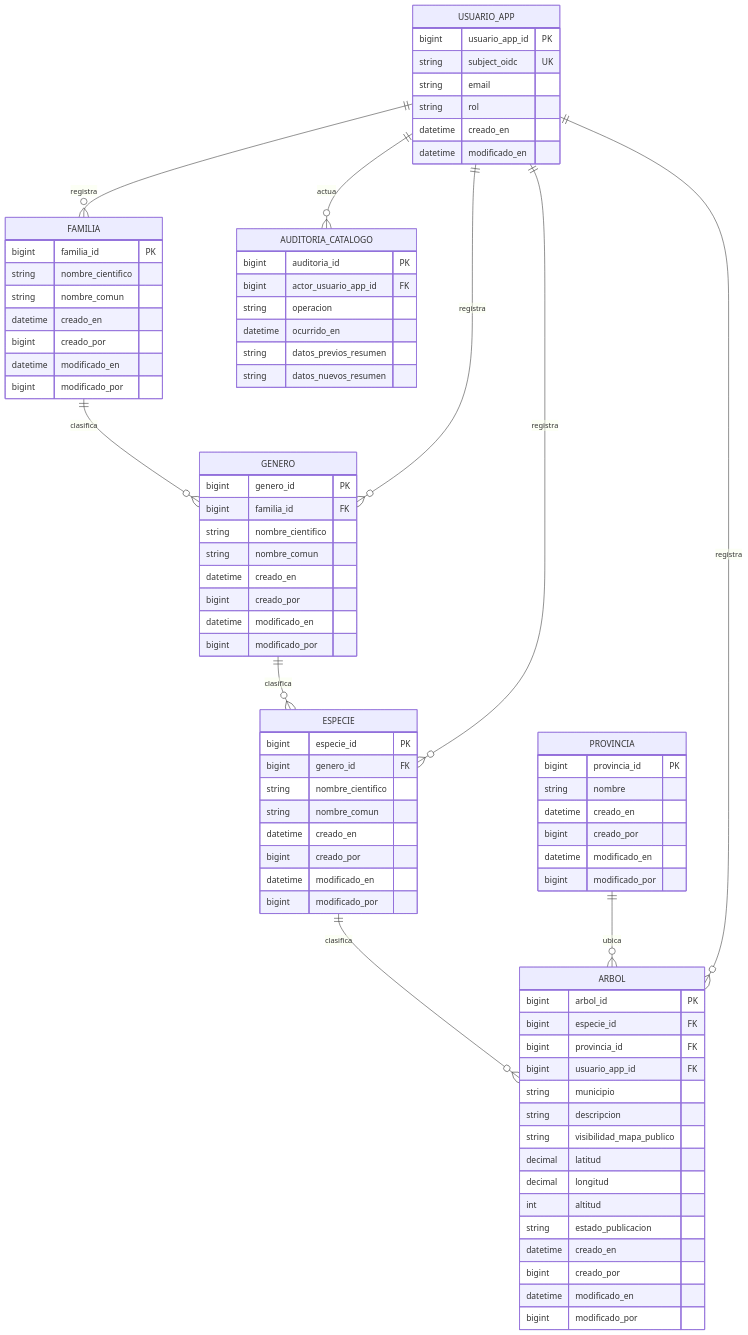
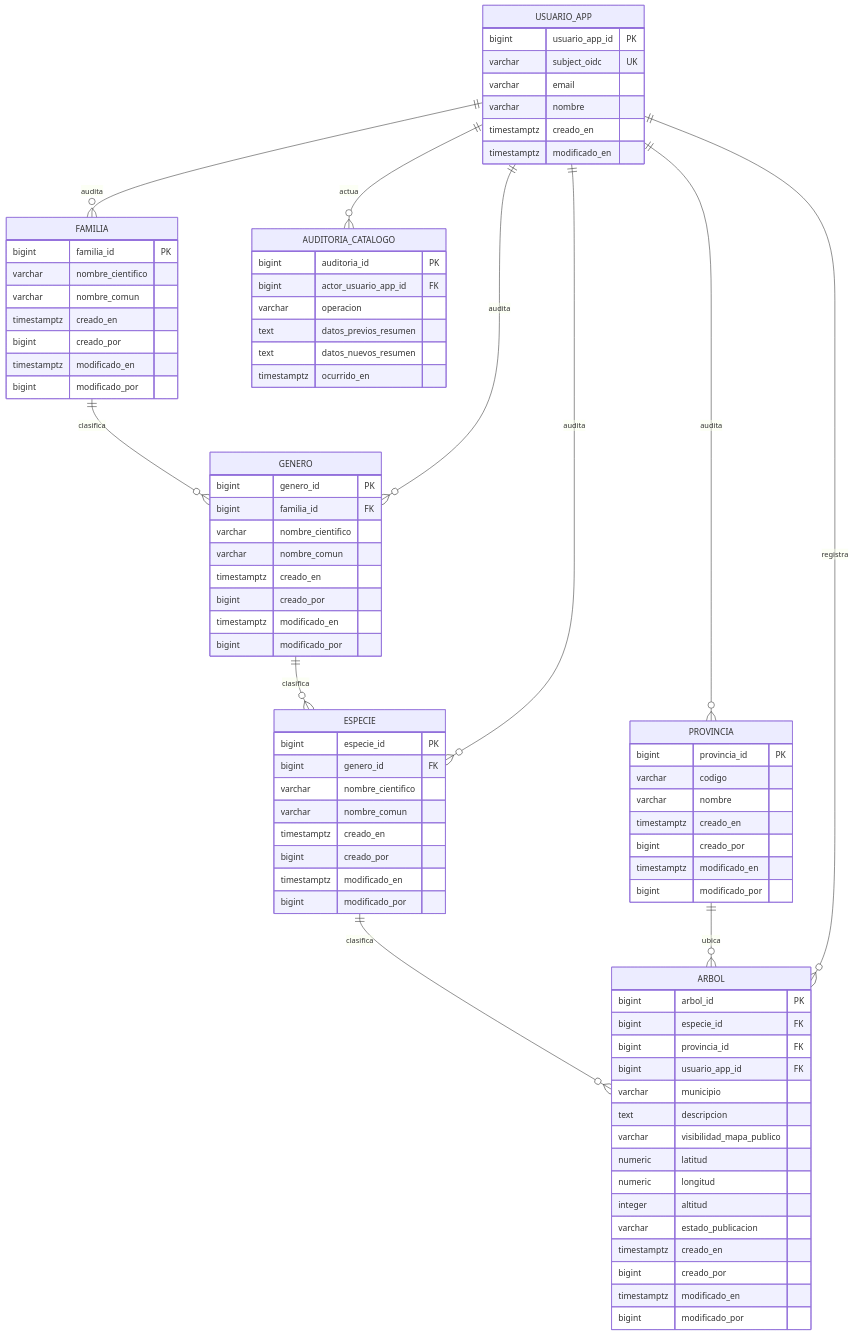
Before and after one commit to LIDR-academy/AI4Devs-finalproject: diagram 14 of 18 in readme.md, drawn with Mermaid. The commit also changed other lines of this file and 1 other file, not shown here.

Commit message:
Modificación de los diagramas er

````diff
--- a/readme.md
+++ b/readme.md
@@ -853,88 +877,83 @@
 erDiagram
     USUARIO_APP {
         bigint usuario_app_id PK
-        string subject_oidc UK
-        string email
-        string rol
-        datetime creado_en
-        datetime modificado_en
+        varchar subject_oidc UK
+        varchar email
+        varchar nombre
+        timestamptz creado_en
+        timestamptz modificado_en
     }
-
     FAMILIA {
         bigint familia_id PK
-        string nombre_cientifico
-        string nombre_comun
-        datetime creado_en
+        varchar nombre_cientifico
+        varchar nombre_comun
+        timestamptz creado_en
         bigint creado_por
-        datetime modificado_en
+        timestamptz modificado_en
         bigint modificado_por
     }
-
     GENERO {
         bigint genero_id PK
         bigint familia_id FK
-        string nombre_cientifico
-        string nombre_comun
-        datetime creado_en
+        varchar nombre_cientifico
+        varchar nombre_comun
+        timestamptz creado_en
         bigint creado_por
-        datetime modificado_en
+        timestamptz modificado_en
         bigint modificado_por
     }
-
     ESPECIE {
         bigint especie_id PK
         bigint genero_id FK
-        string nombre_cientifico
-        string nombre_comun
-        datetime creado_en
+        varchar nombre_cientifico
+        varchar nombre_comun
+        timestamptz creado_en
         bigint creado_por
-        datetime modificado_en
+        timestamptz modificado_en
         bigint modificado_por
     }
-
     PROVINCIA {
         bigint provincia_id PK
-        string nombre
-        datetime creado_en
+        varchar codigo
+        varchar nombre
+        timestamptz creado_en
         bigint creado_por
-        datetime modificado_en
+        timestamptz modificado_en
         bigint modificado_por
     }
-
     ARBOL {
         bigint arbol_id PK
         bigint especie_id FK
         bigint provincia_id FK
         bigint usuario_app_id FK
-        string municipio
-        string descripcion
-        string visibilidad_mapa_publico
-        decimal latitud
-        decimal longitud
-        int altitud
-        string estado_publicacion
-        datetime creado_en
+        varchar municipio
+        text descripcion
+        varchar visibilidad_mapa_publico
+        numeric latitud
+        numeric longitud
+        integer altitud
+        varchar estado_publicacion
+        timestamptz creado_en
         bigint creado_por
-        datetime modificado_en
+        timestamptz modificado_en
         bigint modificado_por
     }
-
     AUDITORIA_CATALOGO {
         bigint auditoria_id PK
         bigint actor_usuario_app_id FK
-        string operacion
-        datetime ocurrido_en
-        string datos_previos_resumen
-        string datos_nuevos_resumen
+        varchar operacion
+        text datos_previos_resumen
+        text datos_nuevos_resumen
+        timestamptz ocurrido_en
     }
-
     FAMILIA ||--o{ GENERO : clasifica
     GENERO ||--o{ ESPECIE : clasifica
     ESPECIE ||--o{ ARBOL : clasifica
     PROVINCIA ||--o{ ARBOL : ubica
     USUARIO_APP ||--o{ ARBOL : registra
-    USUARIO_APP ||--o{ FAMILIA : registra
-    USUARIO_APP ||--o{ GENERO : registra
-    USUARIO_APP ||--o{ ESPECIE : registra
+    USUARIO_APP ||--o{ FAMILIA : audita
+    USUARIO_APP ||--o{ GENERO : audita
+    USUARIO_APP ||--o{ ESPECIE : audita
+    USUARIO_APP ||--o{ PROVINCIA : audita
     USUARIO_APP ||--o{ AUDITORIA_CATALOGO : actua
 ```
````
